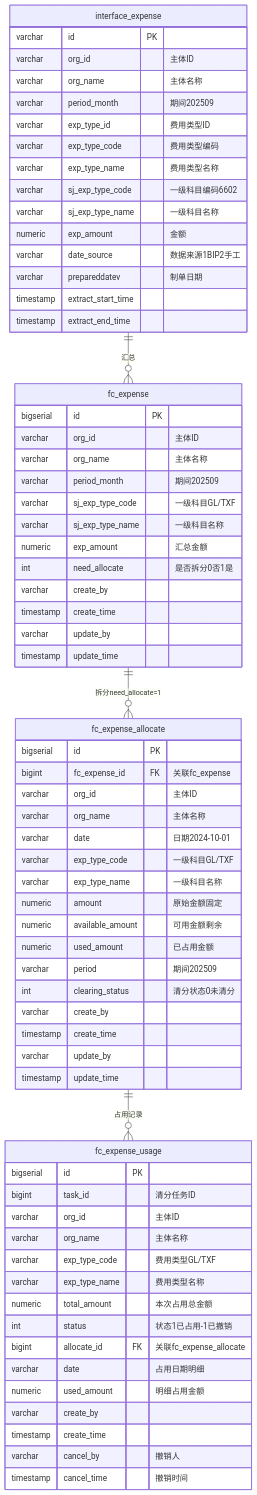
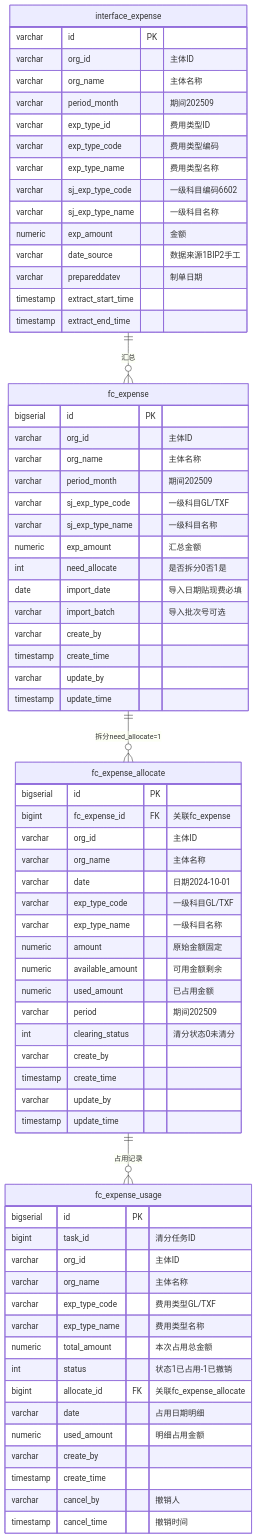
One commit to garyma-ai01/clearing-system changed the first of 2 diagrams in README.md. Above: the diagram before and after it, drawn with Mermaid. The commit also changed other lines of this file, not shown here.

````diff
--- a/README.md
+++ b/README.md
@@ -62,75 +67,77 @@
 ```mermaid
 erDiagram
     interface_expense ||--o{ fc_expense : "汇总"
     fc_expense ||--o{ fc_expense_allocate : "拆分need_allocate=1"
     fc_expense_allocate ||--o{ fc_expense_usage : "占用记录"
     
     interface_expense {
         varchar id PK
         varchar org_id "主体ID"
         varchar org_name "主体名称"
         varchar period_month "期间202509"
         varchar exp_type_id "费用类型ID"
         varchar exp_type_code "费用类型编码"
         varchar exp_type_name "费用类型名称"
         varchar sj_exp_type_code "一级科目编码6602"
         varchar sj_exp_type_name "一级科目名称"
         numeric exp_amount "金额"
         varchar date_source "数据来源1BIP2手工"
         varchar prepareddatev "制单日期"
         timestamp extract_start_time
         timestamp extract_end_time
     }
     
     fc_expense {
         bigserial id PK
         varchar org_id "主体ID"
         varchar org_name "主体名称"
         varchar period_month "期间202509"
         varchar sj_exp_type_code "一级科目GL/TXF"
         varchar sj_exp_type_name "一级科目名称"
         numeric exp_amount "汇总金额"
         int need_allocate "是否拆分0否1是"
+        date import_date "导入日期贴现费必填"
+        varchar import_batch "导入批次号可选"
         varchar create_by
         timestamp create_time
         varchar update_by
         timestamp update_time
     }
     
     fc_expense_allocate {
         bigserial id PK
         bigint fc_expense_id FK "关联fc_expense"
         varchar org_id "主体ID"
         varchar org_name "主体名称"
         varchar date "日期2024-10-01"
         varchar exp_type_code "一级科目GL/TXF"
         varchar exp_type_name "一级科目名称"
         numeric amount "原始金额固定"
         numeric available_amount "可用金额剩余"
         numeric used_amount "已占用金额"
         varchar period "期间202509"
         int clearing_status "清分状态0未清分"
         varchar create_by
         timestamp create_time
         varchar update_by
         timestamp update_time
     }
     
     fc_expense_usage {
         bigserial id PK
         bigint task_id "清分任务ID"
         varchar org_id "主体ID"
         varchar org_name "主体名称"
         varchar exp_type_code "费用类型GL/TXF"
         varchar exp_type_name "费用类型名称"
         numeric total_amount "本次占用总金额"
         int status "状态1已占用-1已撤销"
         bigint allocate_id FK "关联fc_expense_allocate"
         varchar date "占用日期明细"
         numeric used_amount "明细占用金额"
         varchar create_by
         timestamp create_time
         varchar cancel_by "撤销人"
         timestamp cancel_time "撤销时间"
     }
 ```
````
